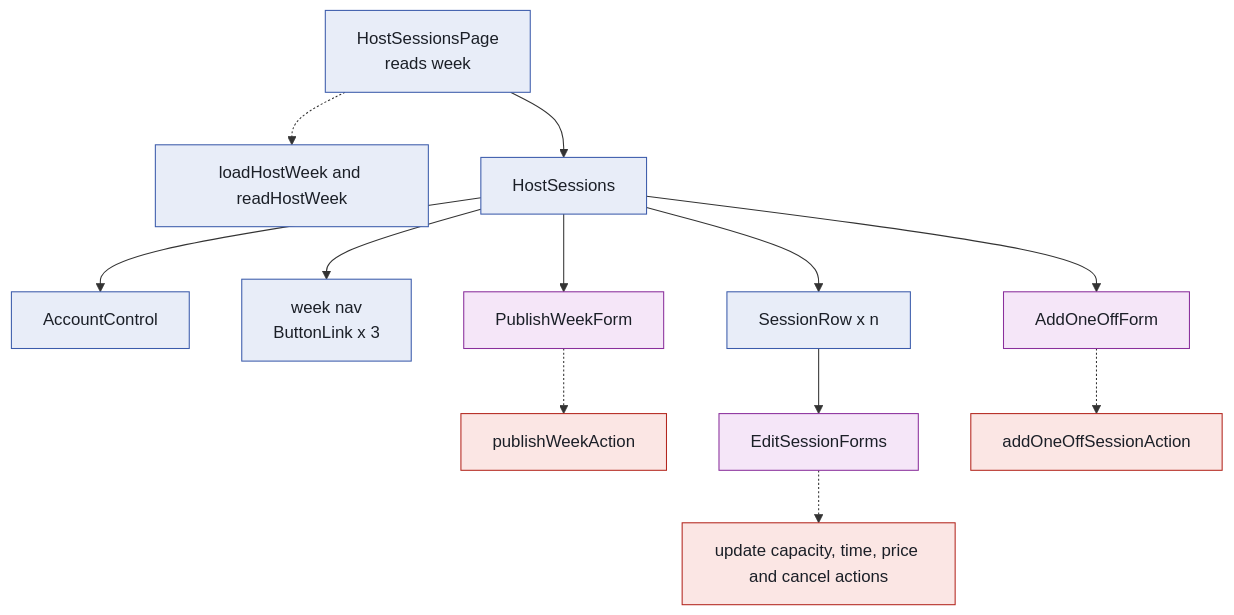
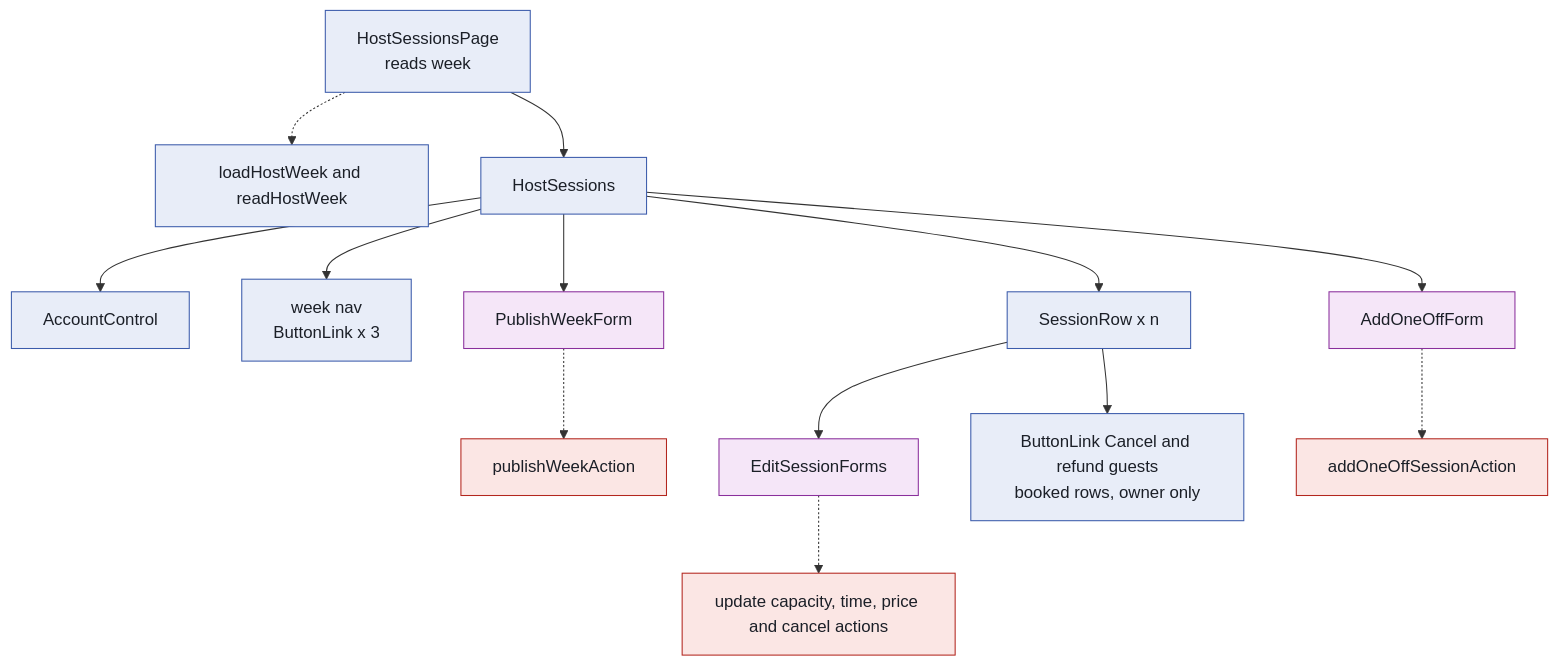
Before and after one commit to defaultdave/ramble: the second of 9 diagrams in src/app/(host)/README.md, drawn with Mermaid. The commit also changed other lines of this file and 28 other files, not shown here.

````diff
--- a/src/app/(host)/README.md
+++ b/src/app/(host)/README.md
@@ -93,31 +93,33 @@
 ```mermaid
 flowchart TD
     SP["HostSessionsPage<br/>reads week"]:::server
     LW["loadHostWeek and readHostWeek"]:::server
     HS["HostSessions"]:::server
     AC["AccountControl"]:::server
     WN["week nav<br/>ButtonLink x 3"]:::server
     PWF["PublishWeekForm"]:::client
     PWA["publishWeekAction"]:::action
     SR["SessionRow x n"]:::server
     ESF["EditSessionForms"]:::client
     EA["update capacity, time, price and cancel actions"]:::action
+    CL["ButtonLink Cancel and refund guests<br/>booked rows, owner only"]:::server
     AOF["AddOneOffForm"]:::client
     AOA["addOneOffSessionAction"]:::action
     SP -.-> LW
     SP --> HS
     HS --> AC
     HS --> WN
     HS --> PWF
     PWF -.-> PWA
     HS --> SR
     SR --> ESF
+    SR --> CL
     ESF -.-> EA
     HS --> AOF
     AOF -.-> AOA
     classDef server fill:#e8edf8,stroke:#3b5bab,color:#1b1f27
     classDef cached fill:#e2f3f0,stroke:#0f7a6c,color:#1b1f27
     classDef streamed fill:#fbefdc,stroke:#a3610a,color:#1b1f27
     classDef client fill:#f5e6f8,stroke:#8a2f9c,color:#1b1f27
     classDef action fill:#fbe6e4,stroke:#b3261e,color:#1b1f27
 ```
````
